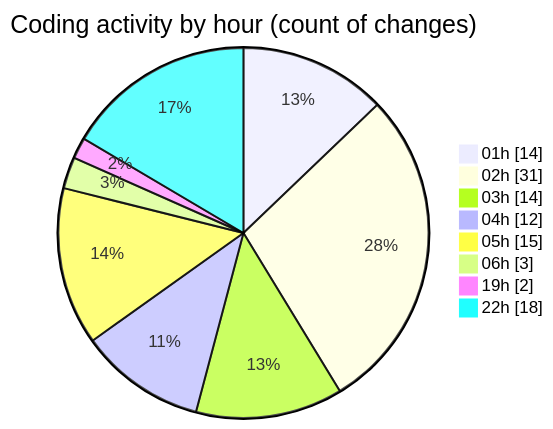
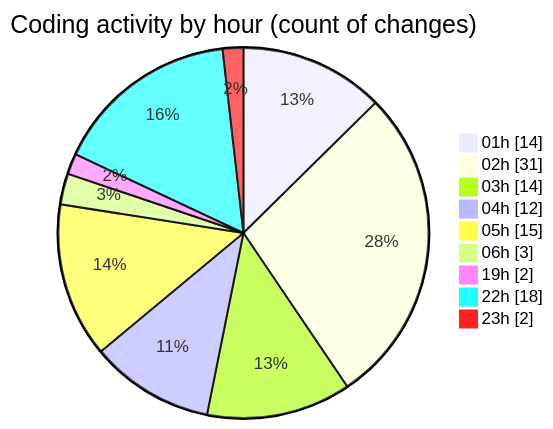
One commit to jrari/code-tracking changed the second of 2 diagrams in 2025-07-13/telebot/README.md. Above: the diagram before and after it, drawn with Mermaid. The commit also changed other lines of this file and 1 other file, not shown here.

````diff
--- a/2025-07-13/telebot/README.md
+++ b/2025-07-13/telebot/README.md
@@ -74,12 +75,13 @@
 ```mermaid
 pie showData
 title Coding activity by hour (count of changes)
 "01h" : 14
 "02h" : 31
 "03h" : 14
 "04h" : 12
 "05h" : 15
 "06h" : 3
 "19h" : 2
 "22h" : 18
+"23h" : 2
 ```
````
